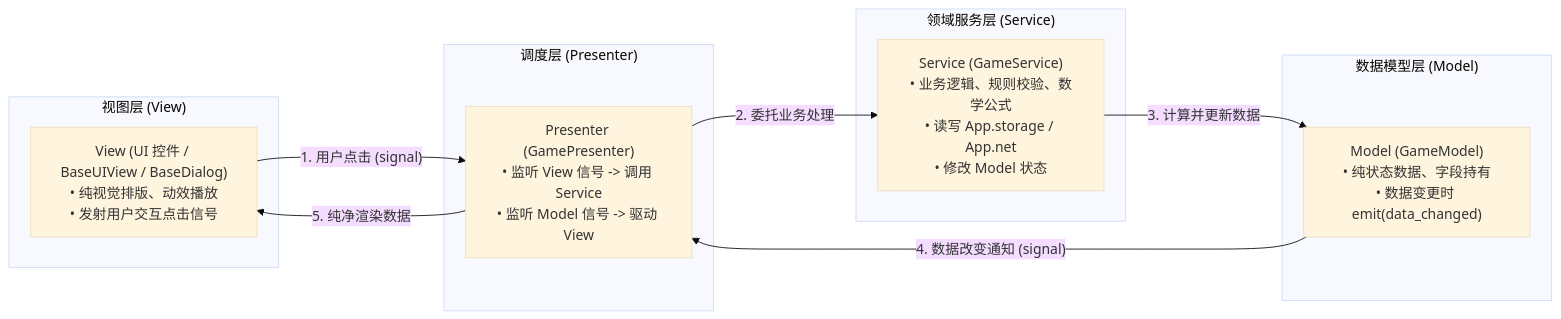
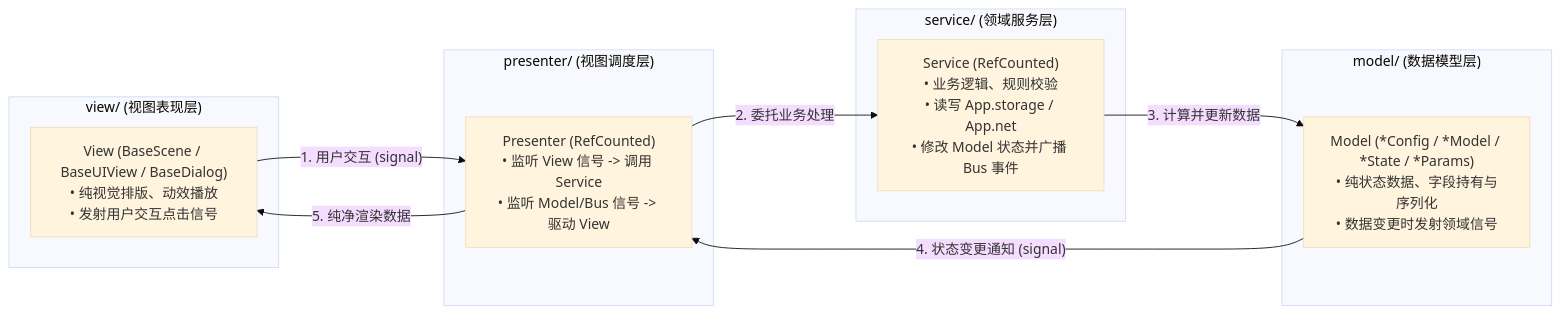
One commit to krace-tx/slacker-survivors changed the first of 2 diagrams in src/game/_doc_game.md. Above: the diagram before and after it, drawn with Mermaid (base theme). The commit also changed other lines of this file and 139 other files, not shown here.

````diff
--- a/src/game/_doc_game.md
+++ b/src/game/_doc_game.md
@@ -60,24 +68,24 @@
 ```mermaid
 flowchart LR
-    subgraph UI_Layer ["视图层 (View)"]
-        View["View (UI 控件 / BaseUIView / BaseDialog)<br>• 纯视觉排版、动效播放<br>• 发射用户交互点击信号"]
+    subgraph View_Dir ["view/ (视图表现层)"]
+        View["View (BaseScene / BaseUIView / BaseDialog)<br>• 纯视觉排版、动效播放<br>• 发射用户交互点击信号"]
     end
 
-    subgraph Mediator_Layer ["调度层 (Presenter)"]
-        Presenter["Presenter (GamePresenter)<br>• 监听 View 信号 -> 调用 Service<br>• 监听 Model 信号 -> 驱动 View"]
+    subgraph Presenter_Dir ["presenter/ (视图调度层)"]
+        Presenter["Presenter (RefCounted)<br>• 监听 View 信号 -> 调用 Service<br>• 监听 Model/Bus 信号 -> 驱动 View"]
     end
 
-    subgraph Domain_Layer ["领域服务层 (Service)"]
-        Service["Service (GameService)<br>• 业务逻辑、规则校验、数学公式<br>• 读写 App.storage / App.net<br>• 修改 Model 状态"]
+    subgraph Service_Dir ["service/ (领域服务层)"]
+        Service["Service (RefCounted)<br>• 业务逻辑、规则校验<br>• 读写 App.storage / App.net<br>• 修改 Model 状态并广播 Bus 事件"]
     end
 
-    subgraph Data_Layer ["数据模型层 (Model)"]
-        Model["Model (GameModel)<br>• 纯状态数据、字段持有<br>• 数据变更时 emit(data_changed)"]
+    subgraph Model_Dir ["model/ (数据模型层)"]
+        Model["Model (*Config / *Model / *State / *Params)<br>• 纯状态数据、字段持有与序列化<br>• 数据变更时发射领域信号"]
     end
 
-    View --"1. 用户点击 (signal)"--> Presenter
+    View --"1. 用户交互 (signal)"--> Presenter
     Presenter --"2. 委托业务处理"--> Service
     Service --"3. 计算并更新数据"--> Model
-    Model --"4. 数据改变通知 (signal)"--> Presenter
+    Model --"4. 状态变更通知 (signal)"--> Presenter
     Presenter --"5. 纯净渲染数据"--> View
 ```
````
